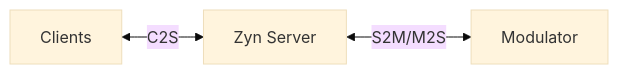
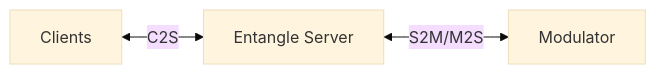
The diagram in README.md (zyn-org/zyn), drawn with Mermaid (base theme) before and after one commit. The commit also changed other lines of this file and 63 other files, not shown here.

First line of the commit message:
rebrand project from `Zyn` to `Entangle` (#92)

````diff
--- a/README.md
+++ b/README.md
@@ -87,5 +87,5 @@
 ```mermaid
 graph LR
-    Clients["Clients"] <-->|C2S| Server["Zyn Server"]
+    Clients["Clients"] <-->|C2S| Server["Entangle Server"]
     Server <-->|S2M/M2S| Modulator["Modulator"]
 ```
````
